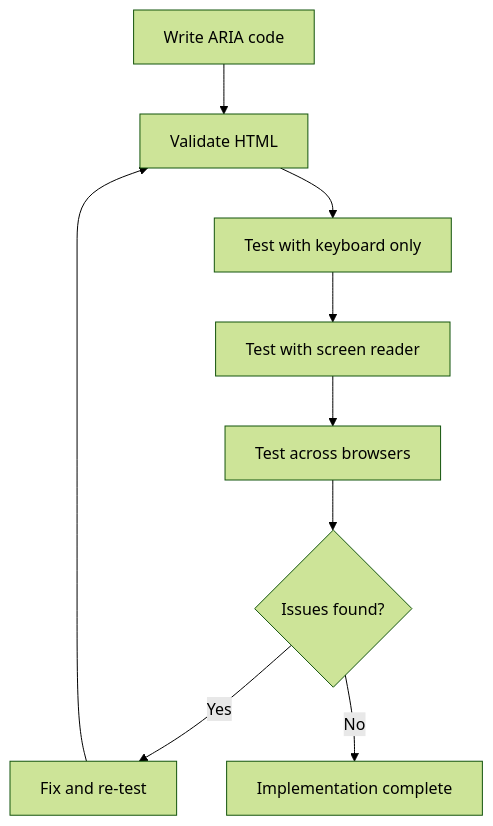
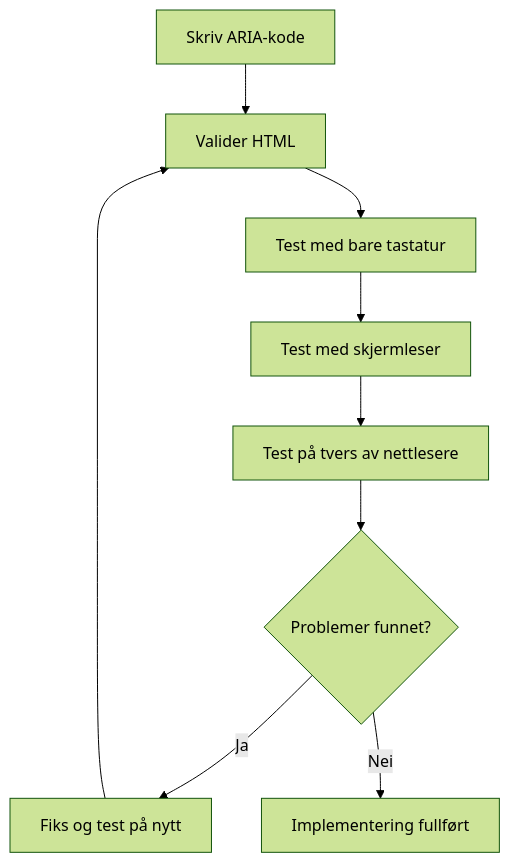
The tenth of 13 diagrams in translations/no/1-getting-started-lessons/3-accessibility/README.md (microsoft/Web-Dev-For-Beginners), drawn with Mermaid (forest theme) before and after one commit. The commit also changed other lines of this file and 99 other files, not shown here.

````diff
--- a/translations/no/1-getting-started-lessons/3-accessibility/README.md
+++ b/translations/no/1-getting-started-lessons/3-accessibility/README.md
@@ -827,11 +999,11 @@
 ```mermaid
 graph TD
-    A[Write ARIA code] --> B[Validate HTML]
-    B --> C[Test with keyboard only]
-    C --> D[Test with screen reader]
-    D --> E[Test across browsers]
-    E --> F{Issues found?}
-    F -->|Yes| G[Fix and re-test]
-    F -->|No| H[Implementation complete]
+    A[Skriv ARIA-kode] --> B[Valider HTML]
+    B --> C[Test med bare tastatur]
+    C --> D[Test med skjermleser]
+    D --> E[Test på tvers av nettlesere]
+    E --> F{Problemer funnet?}
+    F -->|Ja| G[Fiks og test på nytt]
+    F -->|Nei| H[Implementering fullført]
     G --> B
 ```
````
